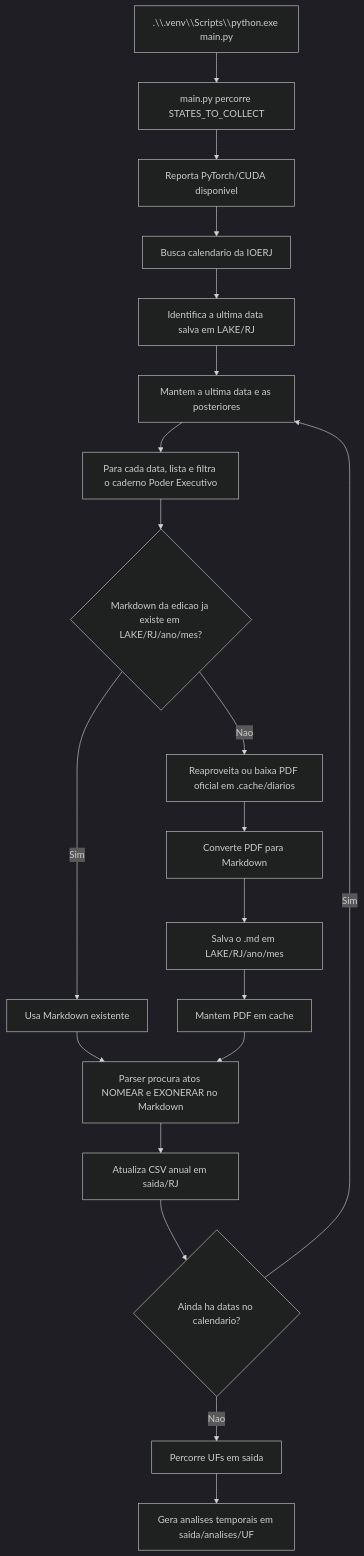
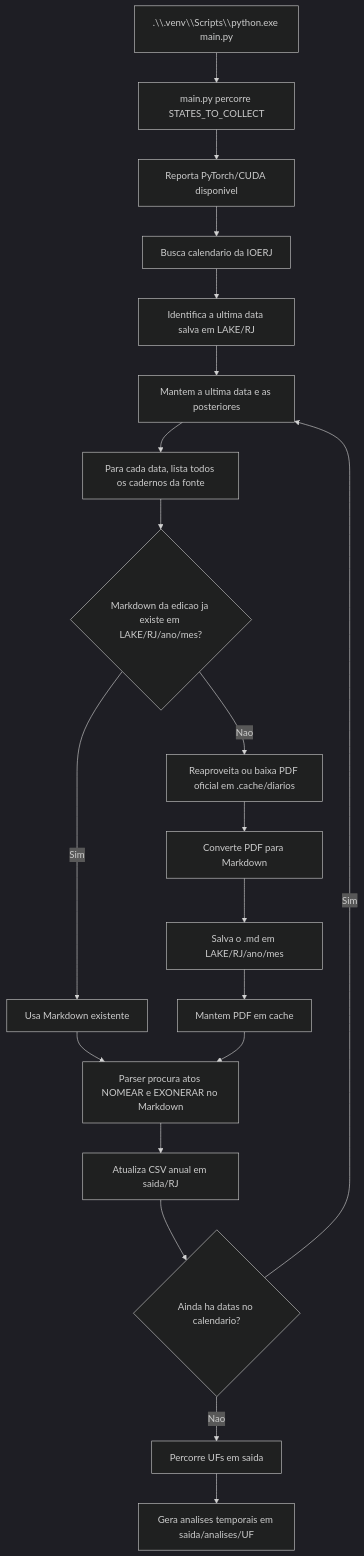
The diagram in README.md (0rakul0/exoneracoes_nomeacoes_dou), drawn with Mermaid (dark theme) before and after one commit. The commit also changed other lines of this file and 53 other files, not shown here.

````diff
--- a/README.md
+++ b/README.md
@@ -325,22 +377,22 @@
 ```mermaid
 flowchart TD
     A[".\\.venv\\Scripts\\python.exe main.py"] --> B["main.py percorre STATES_TO_COLLECT"]
     B --> C["Reporta PyTorch/CUDA disponivel"]
     C --> D["Busca calendario da IOERJ"]
     D --> E["Identifica a ultima data salva em LAKE/RJ"]
     E --> F["Mantem a ultima data e as posteriores"]
-    F --> G["Para cada data, lista e filtra o caderno Poder Executivo"]
+    F --> G["Para cada data, lista todos os cadernos da fonte"]
     G --> H{"Markdown da edicao ja existe em LAKE/RJ/ano/mes?"}
     H -- "Sim" --> I["Usa Markdown existente"]
     H -- "Nao" --> J["Reaproveita ou baixa PDF oficial em .cache/diarios"]
     J --> K["Converte PDF para Markdown"]
     K --> L["Salva o .md em LAKE/RJ/ano/mes"]
     L --> M["Mantem PDF em cache"]
     I --> N["Parser procura atos NOMEAR e EXONERAR no Markdown"]
     M --> N
     N --> O["Atualiza CSV anual em saida/RJ"]
     O --> P{"Ainda ha datas no calendario?"}
     P -- "Sim" --> F
     P -- "Nao" --> Q["Percorre UFs em saida"]
     Q --> R["Gera analises temporais em saida/analises/UF"]
 ```
````
